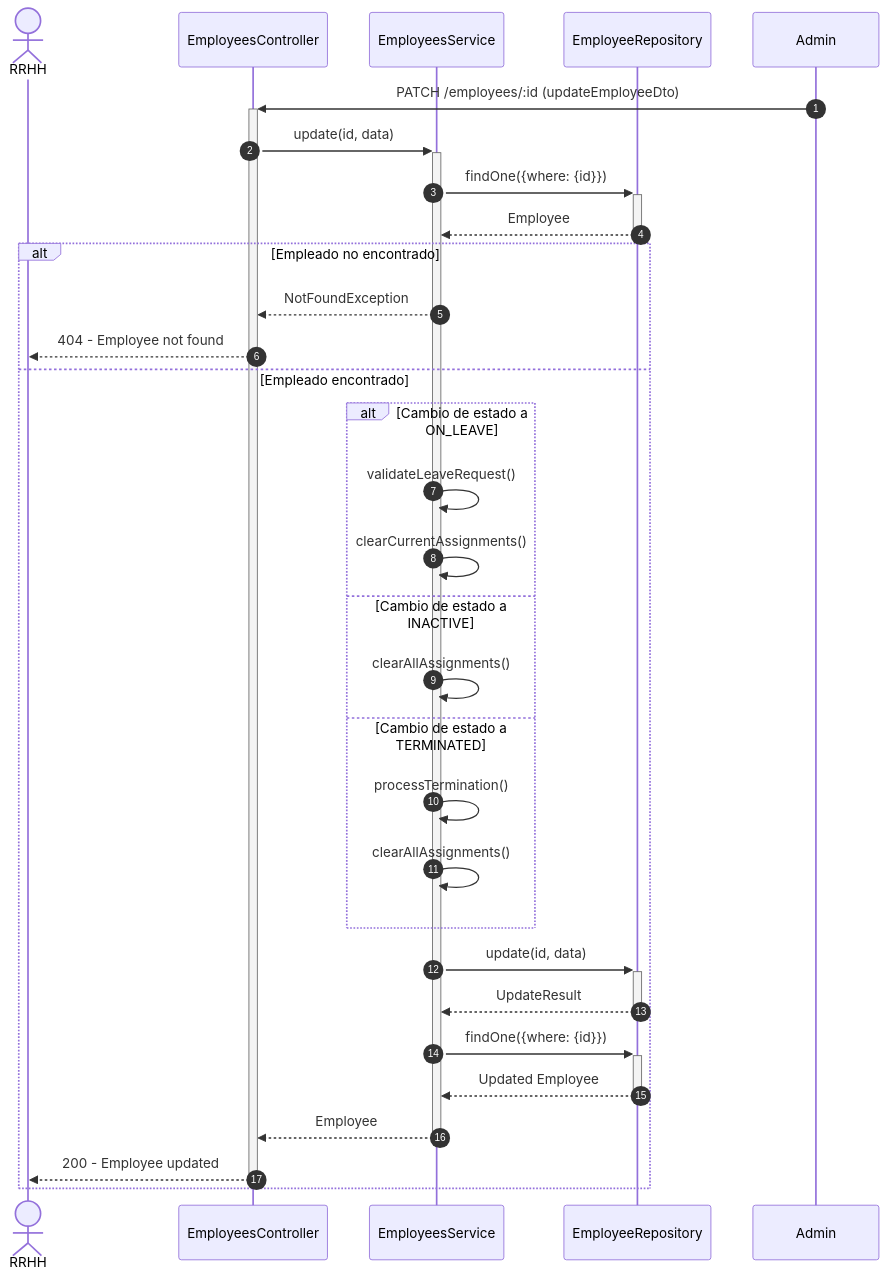
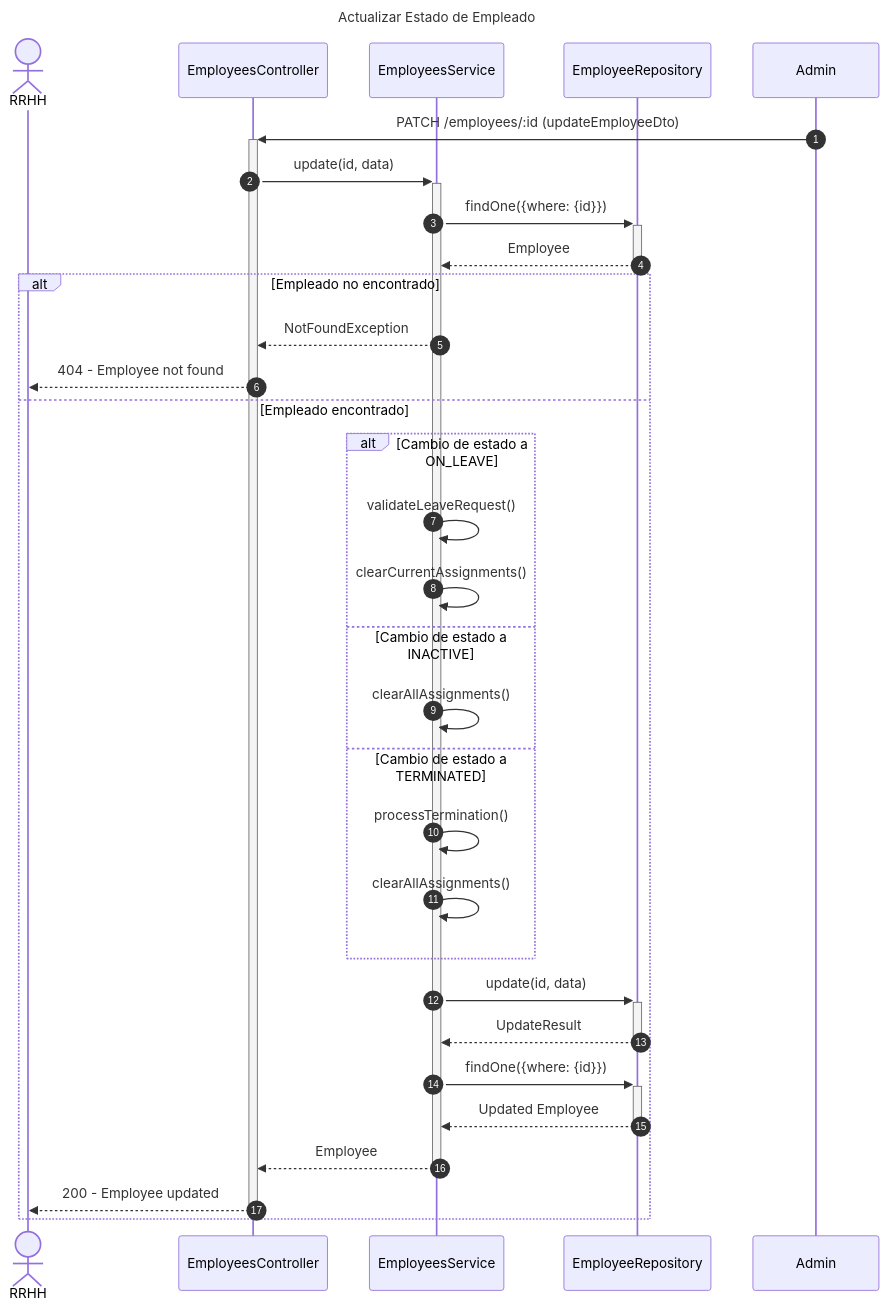
One commit to Nick220505/hotelier-backend changed the third of 7 diagrams in diagrams/sequence/employees-sequence-diagram.md. Above: the diagram before and after it, drawn with Mermaid. The commit also changed other lines of this file and 5 other files, not shown here.

Commit message:
Add titles to sequence diagrams for Billing, Employees, Inventory, Reservations, Restaurant, and Users modules

````diff
--- a/diagrams/sequence/employees-sequence-diagram.md
+++ b/diagrams/sequence/employees-sequence-diagram.md
@@ -48,38 +54,41 @@
 ```mermaid
+---
+title: Actualizar Estado de Empleado
+---
 sequenceDiagram
     autonumber
     actor RRHH
     participant Controller as EmployeesController
     participant Service as EmployeesService
     participant EmployeeRepo as EmployeeRepository
 
     Admin->>+Controller: PATCH /employees/:id (updateEmployeeDto)
     Controller->>+Service: update(id, data)
     
     Service->>+EmployeeRepo: findOne({where: {id}})
     EmployeeRepo-->>-Service: Employee
     
     alt Empleado no encontrado
         Service-->>Controller: NotFoundException
         Controller-->>RRHH: 404 - Employee not found
     else Empleado encontrado
         alt Cambio de estado a ON_LEAVE
             Service->>Service: validateLeaveRequest()
             Service->>Service: clearCurrentAssignments()
         else Cambio de estado a INACTIVE
             Service->>Service: clearAllAssignments()
         else Cambio de estado a TERMINATED
             Service->>Service: processTermination()
             Service->>Service: clearAllAssignments()
         end
         
         Service->>+EmployeeRepo: update(id, data)
         EmployeeRepo-->>-Service: UpdateResult
         
         Service->>+EmployeeRepo: findOne({where: {id}})
         EmployeeRepo-->>-Service: Updated Employee
         
         Service-->>-Controller: Employee
         Controller-->>-RRHH: 200 - Employee updated
     end
 ```
````
